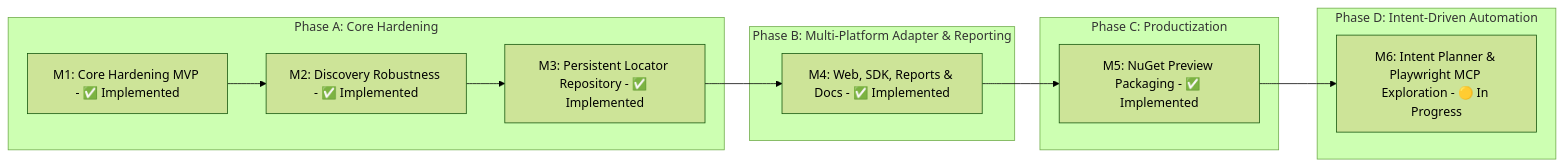
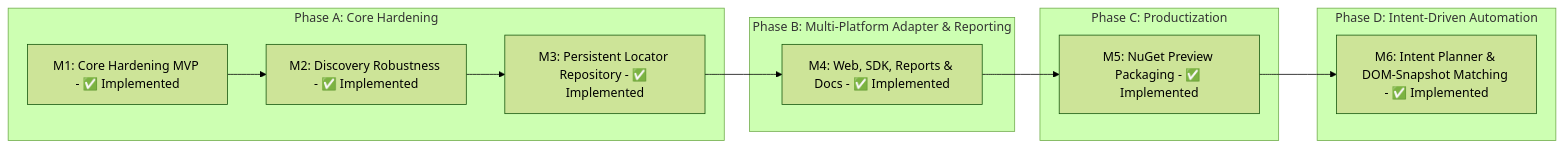
Before and after one commit to mustafasercansak/automation-sandbox: the third of 6 diagrams in PROJECT_SHOWCASE.md, drawn with Mermaid (forest theme). The commit also changed other lines of this file and 35 other files, not shown here.

First line of the commit message:
feat: add LLM-backed intent planning, desktop test generation, and live Playwright exploration

````diff
--- a/PROJECT_SHOWCASE.md
+++ b/PROJECT_SHOWCASE.md
@@ -186,19 +186,19 @@
 ```mermaid
 graph LR
     subgraph PhaseA [Phase A: Core Hardening]
         M1[M1: Core Hardening MVP - ✅ Implemented]
         M2[M2: Discovery Robustness - ✅ Implemented]
         M3[M3: Persistent Locator Repository - ✅ Implemented]
         M1 --> M2 --> M3
     end
     subgraph PhaseB [Phase B: Multi-Platform Adapter & Reporting]
         M4[M4: Web, SDK, Reports & Docs - ✅ Implemented]
     end
     subgraph PhaseC [Phase C: Productization]
         M5[M5: NuGet Preview Packaging - ✅ Implemented]
     end
     subgraph PhaseD [Phase D: Intent-Driven Automation]
-        M6[M6: Intent Planner & Playwright MCP Exploration - 🟡 In Progress]
+        M6[M6: Intent Planner & DOM-Snapshot Matching - ✅ Implemented]
     end
     M3 --> M4 --> M5 --> M6
 ```
````
